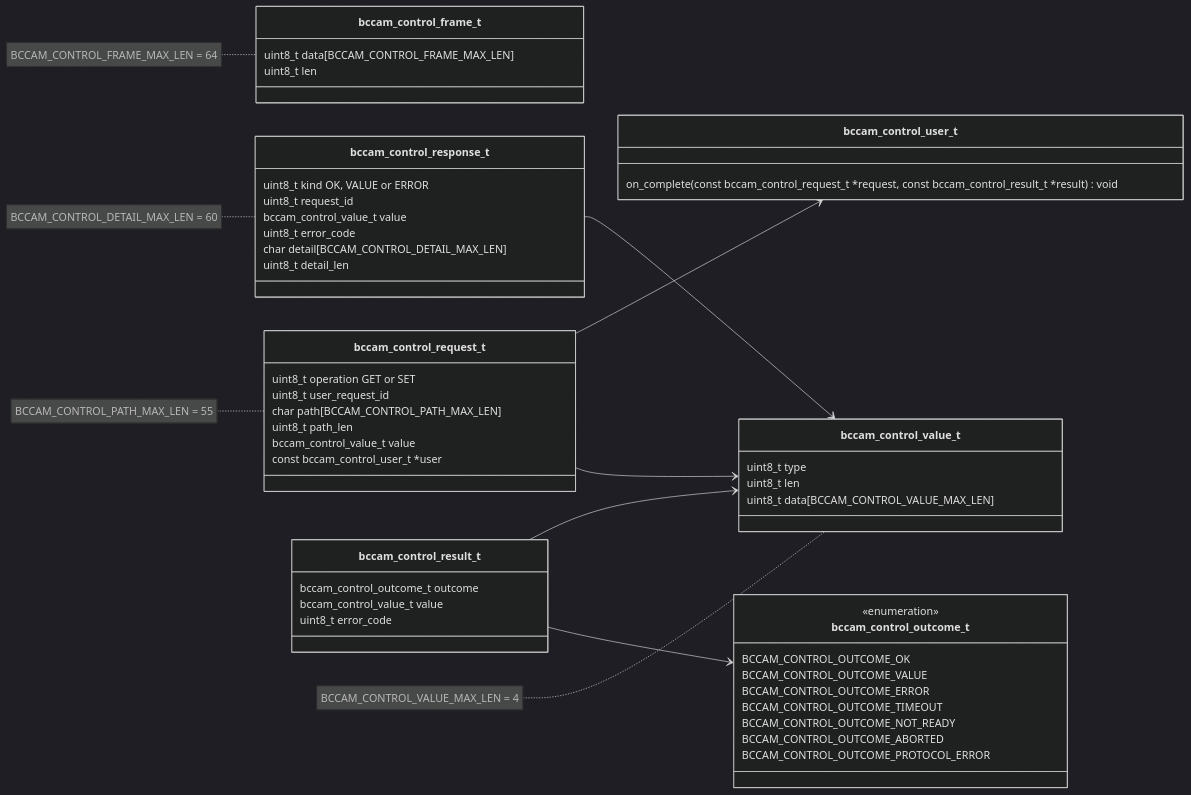
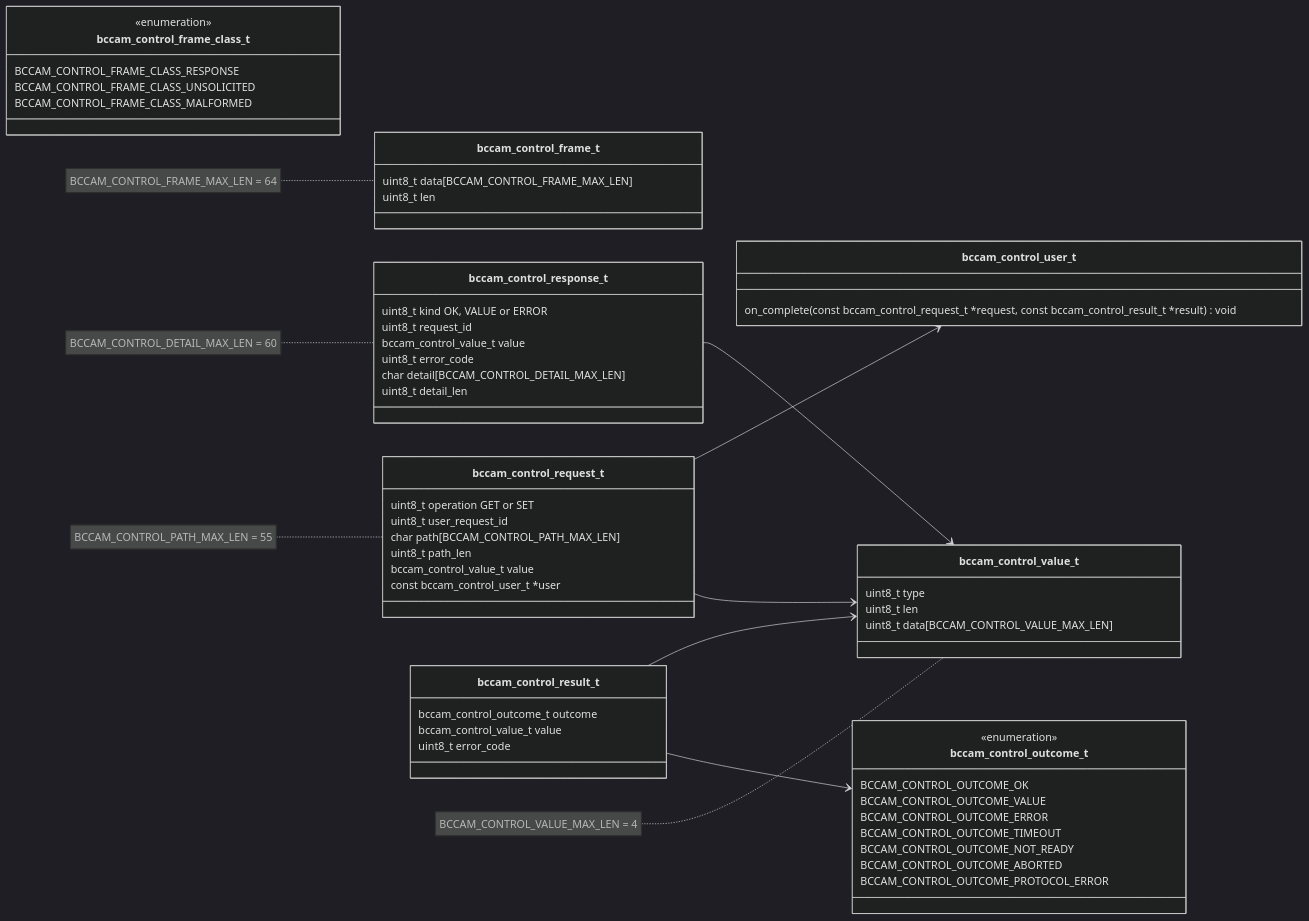
The second of 12 diagrams in docs/functional-areas/camera-deck-control.md (bitcraze/crazyflie-firmware), drawn with Mermaid (dark theme) before and after one commit. The commit also changed other lines of this file, not shown here.

Commit message:
doc: Parse frame kind first, only input responses to request handling

````diff
--- a/docs/functional-areas/camera-deck-control.md
+++ b/docs/functional-areas/camera-deck-control.md
@@ -220,64 +234,71 @@
 ```mermaid
 classDiagram
     direction LR
 
     class bccam_control_frame_t {
         uint8_t data[BCCAM_CONTROL_FRAME_MAX_LEN]
         uint8_t len
     }
     note for bccam_control_frame_t "BCCAM_CONTROL_FRAME_MAX_LEN = 64"
 
     class bccam_control_response_t {
         uint8_t kind OK, VALUE or ERROR
         uint8_t request_id
         bccam_control_value_t value
         uint8_t error_code
         char detail[BCCAM_CONTROL_DETAIL_MAX_LEN]
         uint8_t detail_len
     }
     note for bccam_control_response_t "BCCAM_CONTROL_DETAIL_MAX_LEN = 60"
 
     class bccam_control_request_t {
         uint8_t operation GET or SET
         uint8_t user_request_id
         char path[BCCAM_CONTROL_PATH_MAX_LEN]
         uint8_t path_len
         bccam_control_value_t value
         const bccam_control_user_t *user
     }
     note for bccam_control_request_t "BCCAM_CONTROL_PATH_MAX_LEN = 55"
 
     class bccam_control_user_t {
         on_complete(const bccam_control_request_t *request, const bccam_control_result_t *result) void
     }
 
     class bccam_control_result_t {
         bccam_control_outcome_t outcome
         bccam_control_value_t value
         uint8_t error_code
     }
 
     class bccam_control_outcome_t {
         <<enumeration>>
         BCCAM_CONTROL_OUTCOME_OK
         BCCAM_CONTROL_OUTCOME_VALUE
         BCCAM_CONTROL_OUTCOME_ERROR
         BCCAM_CONTROL_OUTCOME_TIMEOUT
         BCCAM_CONTROL_OUTCOME_NOT_READY
         BCCAM_CONTROL_OUTCOME_ABORTED
         BCCAM_CONTROL_OUTCOME_PROTOCOL_ERROR
     }
 
     class bccam_control_value_t {
         uint8_t type
         uint8_t len
         uint8_t data[BCCAM_CONTROL_VALUE_MAX_LEN]
     }
     note for bccam_control_value_t "BCCAM_CONTROL_VALUE_MAX_LEN = 4"
 
+    class bccam_control_frame_class_t {
+        <<enumeration>>
+        BCCAM_CONTROL_FRAME_CLASS_RESPONSE
+        BCCAM_CONTROL_FRAME_CLASS_UNSOLICITED
+        BCCAM_CONTROL_FRAME_CLASS_MALFORMED
+    }
+
     bccam_control_result_t --> bccam_control_outcome_t
     bccam_control_request_t --> bccam_control_value_t
     bccam_control_request_t --> bccam_control_user_t
     bccam_control_result_t --> bccam_control_value_t
     bccam_control_response_t --> bccam_control_value_t
 ```
````
